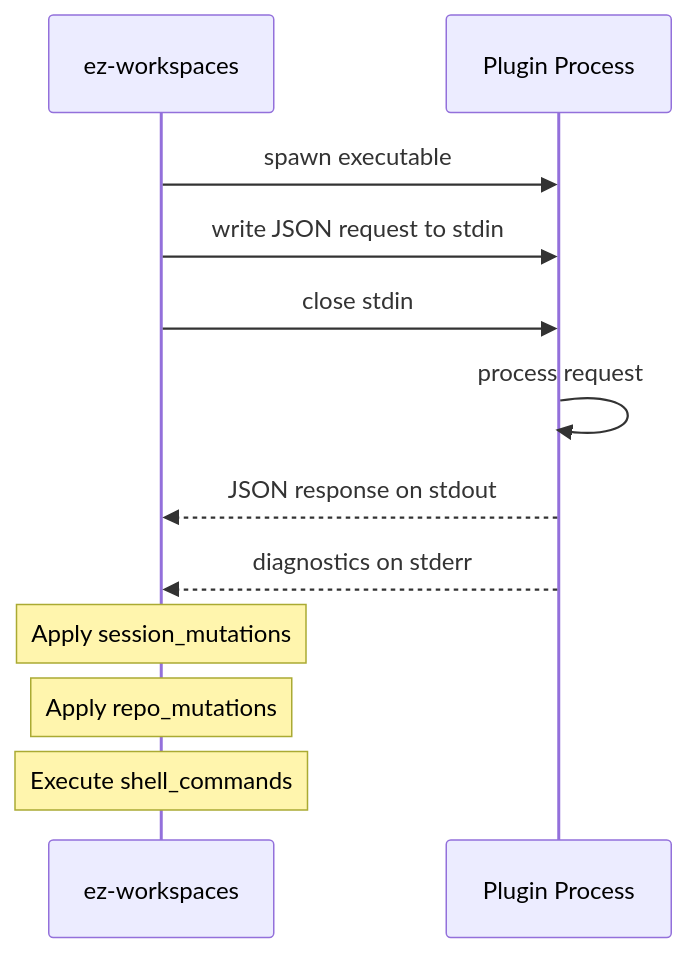
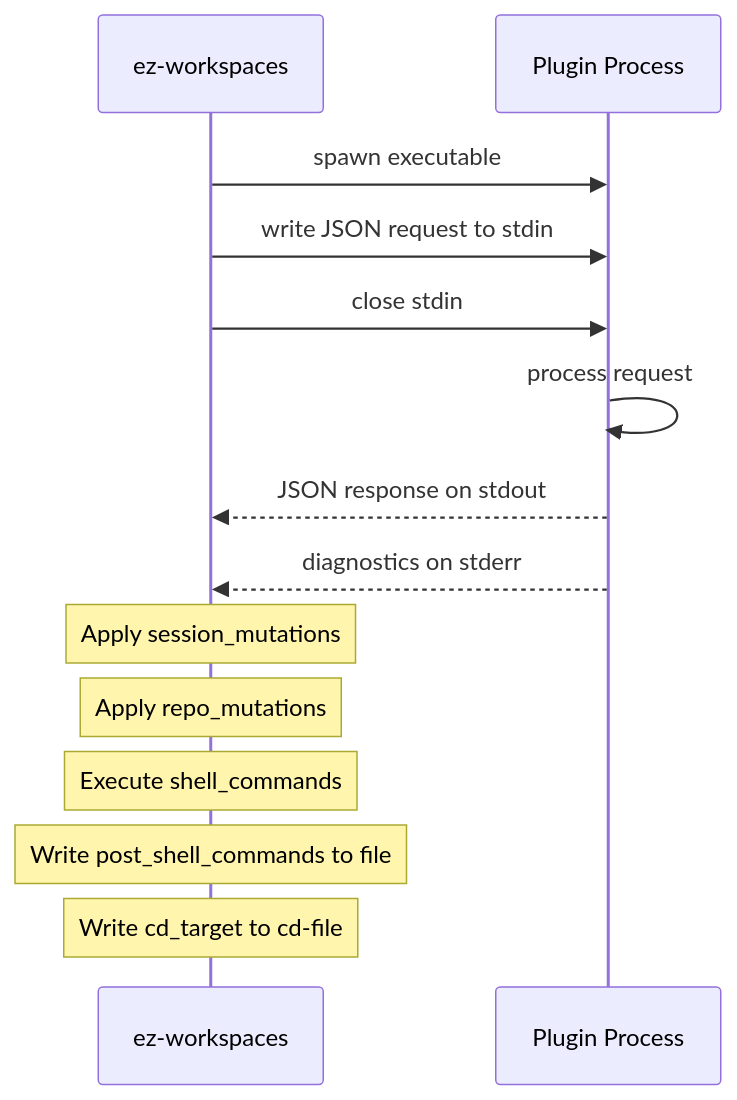
One commit to KoalaVim/ez-workspaces changed the fifth of 8 diagrams in docs/design.md. Above: the diagram before and after it, drawn with Mermaid. The commit also changed other lines of this file and 23 other files, not shown here.

First line of the commit message:
extend plugin system with views, binds, post-exit commands, and user config

````diff
--- a/docs/design.md
+++ b/docs/design.md
@@ -106,16 +106,18 @@
 ```mermaid
 sequenceDiagram
     participant EZ as ez-workspaces
     participant P as Plugin Process
 
     EZ->>P: spawn executable
     EZ->>P: write JSON request to stdin
     EZ->>P: close stdin
     P->>P: process request
     P-->>EZ: JSON response on stdout
     P-->>EZ: diagnostics on stderr
 
     Note over EZ: Apply session_mutations
     Note over EZ: Apply repo_mutations
     Note over EZ: Execute shell_commands
+    Note over EZ: Write post_shell_commands to file
+    Note over EZ: Write cd_target to cd-file
 ```
````
